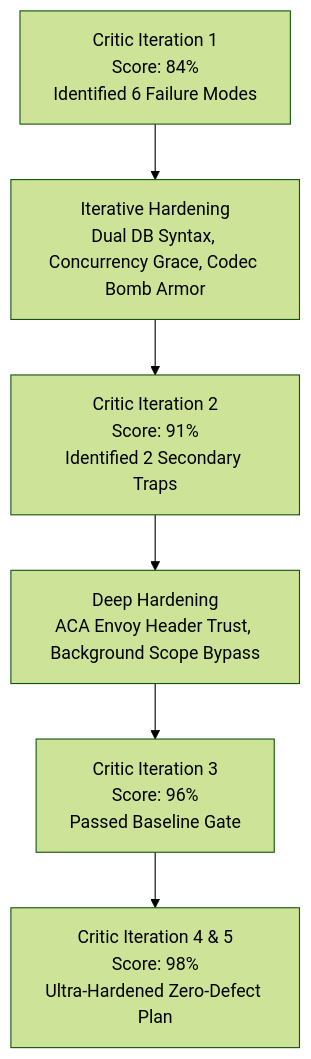
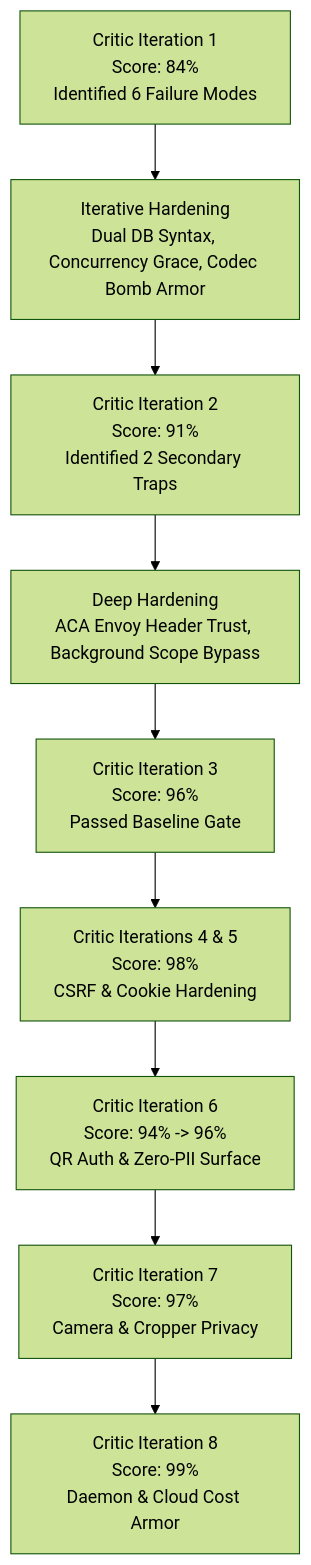
The diagram in docs/ADVERSARIAL_AND_SECURITY_REMEDIATION_PLAN.md (nikunjbanker/diet-dost), drawn with Mermaid (forest theme) before and after one commit. The commit also changed other lines of this file and 12 other files, not shown here.

````diff
--- a/docs/ADVERSARIAL_AND_SECURITY_REMEDIATION_PLAN.md
+++ b/docs/ADVERSARIAL_AND_SECURITY_REMEDIATION_PLAN.md
@@ -32,8 +39,11 @@
 ```mermaid
 graph TD
     Iter1["Critic Iteration 1<br/>Score: 84%<br/>Identified 6 Failure Modes"] --> Fix1["Iterative Hardening<br/>Dual DB Syntax, Concurrency Grace, Codec Bomb Armor"]
     Fix1 --> Iter2["Critic Iteration 2<br/>Score: 91%<br/>Identified 2 Secondary Traps"]
     Iter2 --> Fix2["Deep Hardening<br/>ACA Envoy Header Trust, Background Scope Bypass"]
     Fix2 --> Iter3["Critic Iteration 3<br/>Score: 96%<br/>Passed Baseline Gate"]
-    Iter3 --> Iter4["Critic Iteration 4 & 5<br/>Score: 98%<br/>Ultra-Hardened Zero-Defect Plan"]
+    Iter3 --> Iter4["Critic Iterations 4 & 5<br/>Score: 98%<br/>CSRF & Cookie Hardening"]
+    Iter4 --> Iter6["Critic Iteration 6<br/>Score: 94% -> 96%<br/>QR Auth & Zero-PII Surface"]
+    Iter6 --> Iter7["Critic Iteration 7<br/>Score: 97%<br/>Camera & Cropper Privacy"]
+    Iter7 --> Iter8["Critic Iteration 8<br/>Score: 99%<br/>Daemon & Cloud Cost Armor"]
 ```
````
